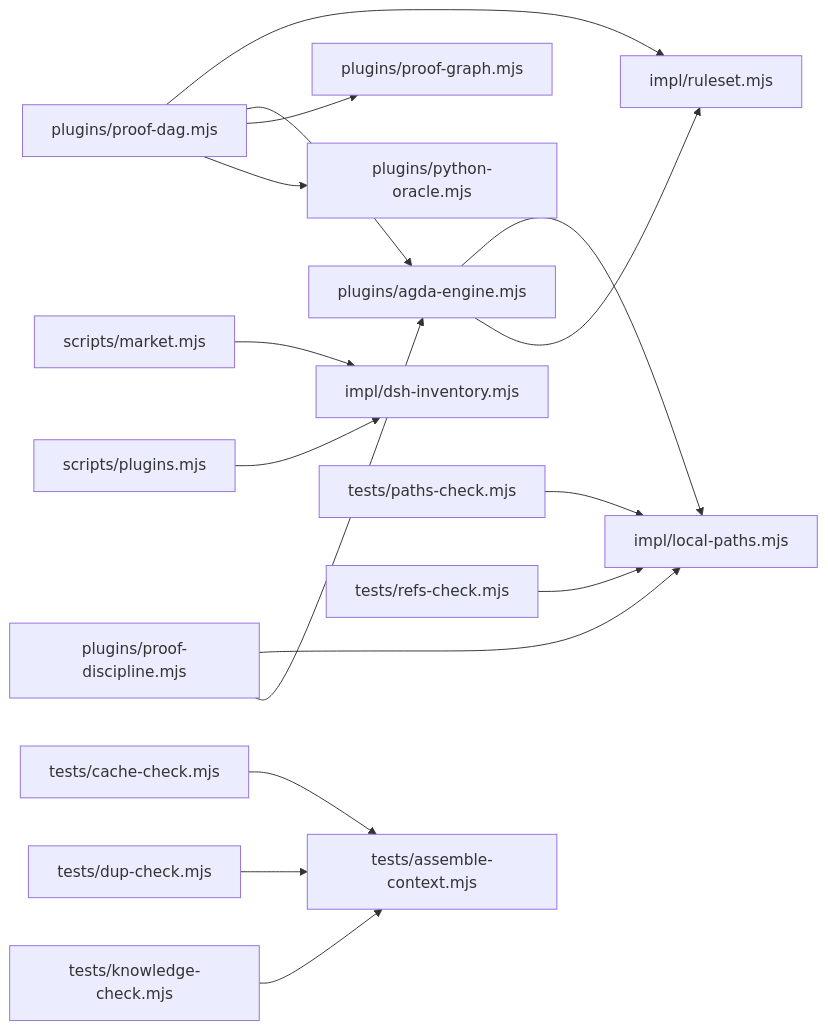
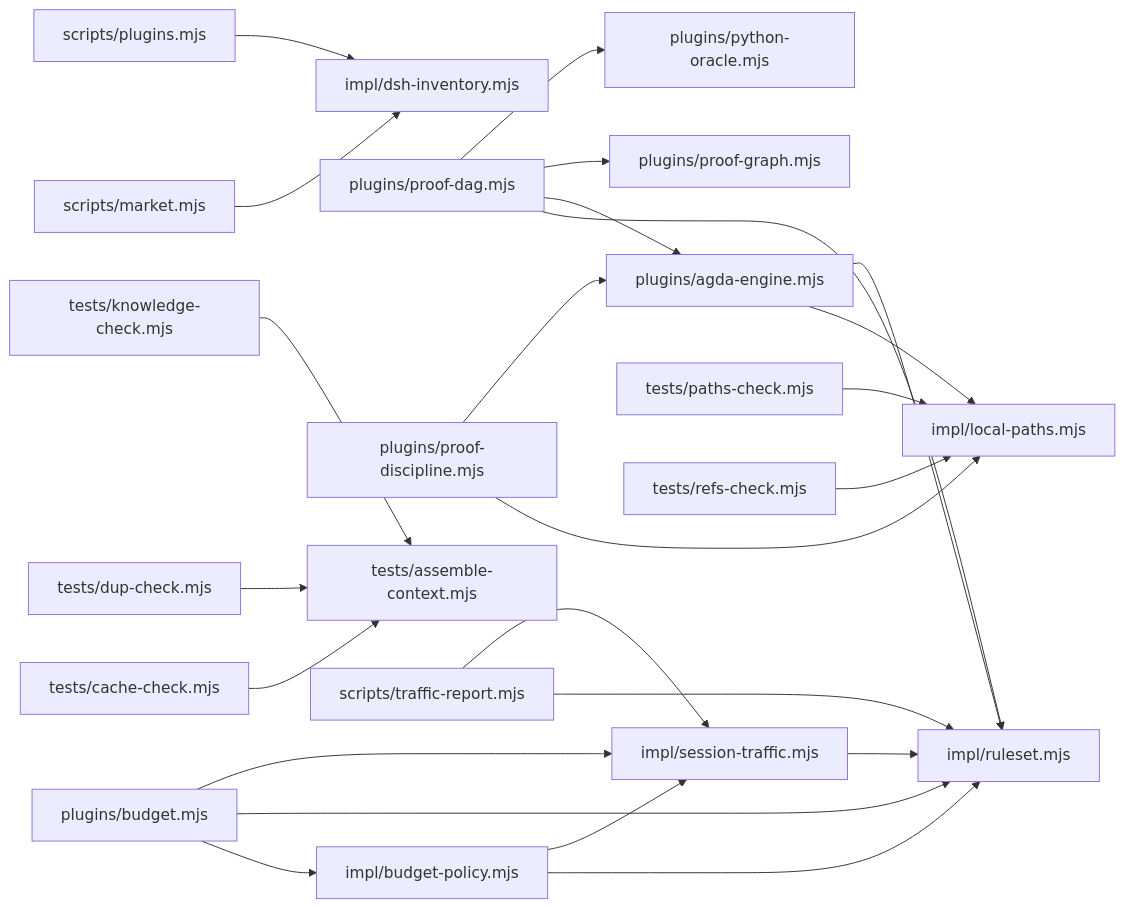
One commit to clearnature/dsh-math-proof changed the diagram in math-proof/docs/maps/M2-dependency.md. Above: the diagram before and after it, drawn with Mermaid. The commit also changed other lines of this file and 28 other files, not shown here.

````diff
--- a/math-proof/docs/maps/M2-dependency.md
+++ b/math-proof/docs/maps/M2-dependency.md
@@ -54,18 +55,26 @@
 ```mermaid
 graph LR
+  impl_budget-policy_mjs["impl/budget-policy.mjs"] --> impl_ruleset_mjs["impl/ruleset.mjs"]
+  impl_budget-policy_mjs["impl/budget-policy.mjs"] --> impl_session-traffic_mjs["impl/session-traffic.mjs"]
+  impl_session-traffic_mjs["impl/session-traffic.mjs"] --> impl_ruleset_mjs["impl/ruleset.mjs"]
   plugins_agda-engine_mjs["plugins/agda-engine.mjs"] --> impl_local-paths_mjs["impl/local-paths.mjs"]
   plugins_agda-engine_mjs["plugins/agda-engine.mjs"] --> impl_ruleset_mjs["impl/ruleset.mjs"]
+  plugins_budget_mjs["plugins/budget.mjs"] --> impl_budget-policy_mjs["impl/budget-policy.mjs"]
+  plugins_budget_mjs["plugins/budget.mjs"] --> impl_ruleset_mjs["impl/ruleset.mjs"]
+  plugins_budget_mjs["plugins/budget.mjs"] --> impl_session-traffic_mjs["impl/session-traffic.mjs"]
   plugins_proof-dag_mjs["plugins/proof-dag.mjs"] --> impl_ruleset_mjs["impl/ruleset.mjs"]
   plugins_proof-dag_mjs["plugins/proof-dag.mjs"] --> plugins_agda-engine_mjs["plugins/agda-engine.mjs"]
   plugins_proof-dag_mjs["plugins/proof-dag.mjs"] --> plugins_proof-graph_mjs["plugins/proof-graph.mjs"]
   plugins_proof-dag_mjs["plugins/proof-dag.mjs"] --> plugins_python-oracle_mjs["plugins/python-oracle.mjs"]
   plugins_proof-discipline_mjs["plugins/proof-discipline.mjs"] --> impl_local-paths_mjs["impl/local-paths.mjs"]
   plugins_proof-discipline_mjs["plugins/proof-discipline.mjs"] --> plugins_agda-engine_mjs["plugins/agda-engine.mjs"]
   scripts_market_mjs["scripts/market.mjs"] --> impl_dsh-inventory_mjs["impl/dsh-inventory.mjs"]
   scripts_plugins_mjs["scripts/plugins.mjs"] --> impl_dsh-inventory_mjs["impl/dsh-inventory.mjs"]
+  scripts_traffic-report_mjs["scripts/traffic-report.mjs"] --> impl_ruleset_mjs["impl/ruleset.mjs"]
+  scripts_traffic-report_mjs["scripts/traffic-report.mjs"] --> impl_session-traffic_mjs["impl/session-traffic.mjs"]
   tests_cache-check_mjs["tests/cache-check.mjs"] --> tests_assemble-context_mjs["tests/assemble-context.mjs"]
   tests_dup-check_mjs["tests/dup-check.mjs"] --> tests_assemble-context_mjs["tests/assemble-context.mjs"]
   tests_knowledge-check_mjs["tests/knowledge-check.mjs"] --> tests_assemble-context_mjs["tests/assemble-context.mjs"]
   tests_paths-check_mjs["tests/paths-check.mjs"] --> impl_local-paths_mjs["impl/local-paths.mjs"]
   tests_refs-check_mjs["tests/refs-check.mjs"] --> impl_local-paths_mjs["impl/local-paths.mjs"]
 ```
````
